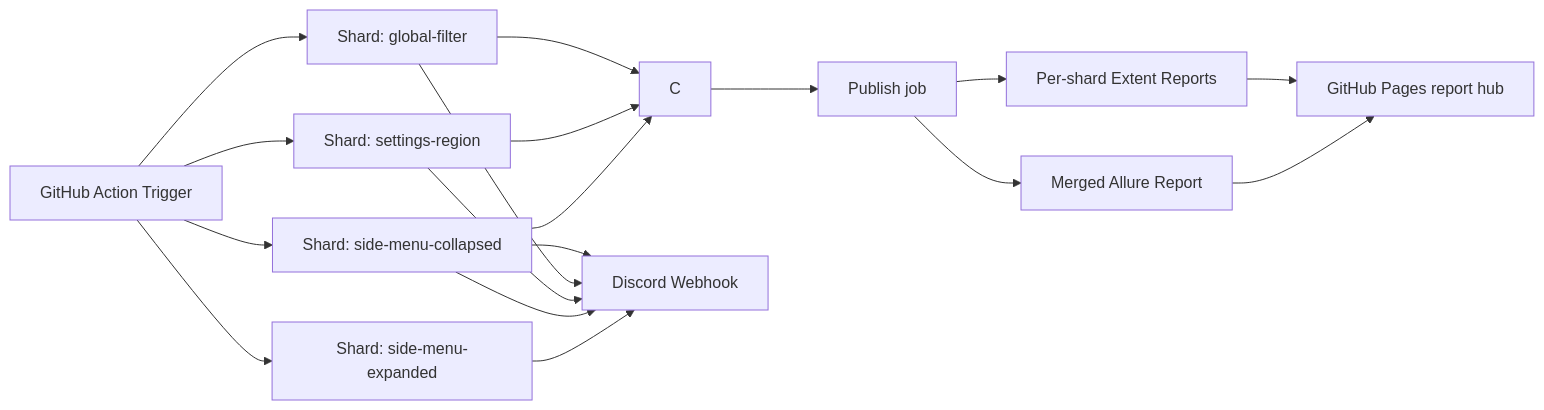
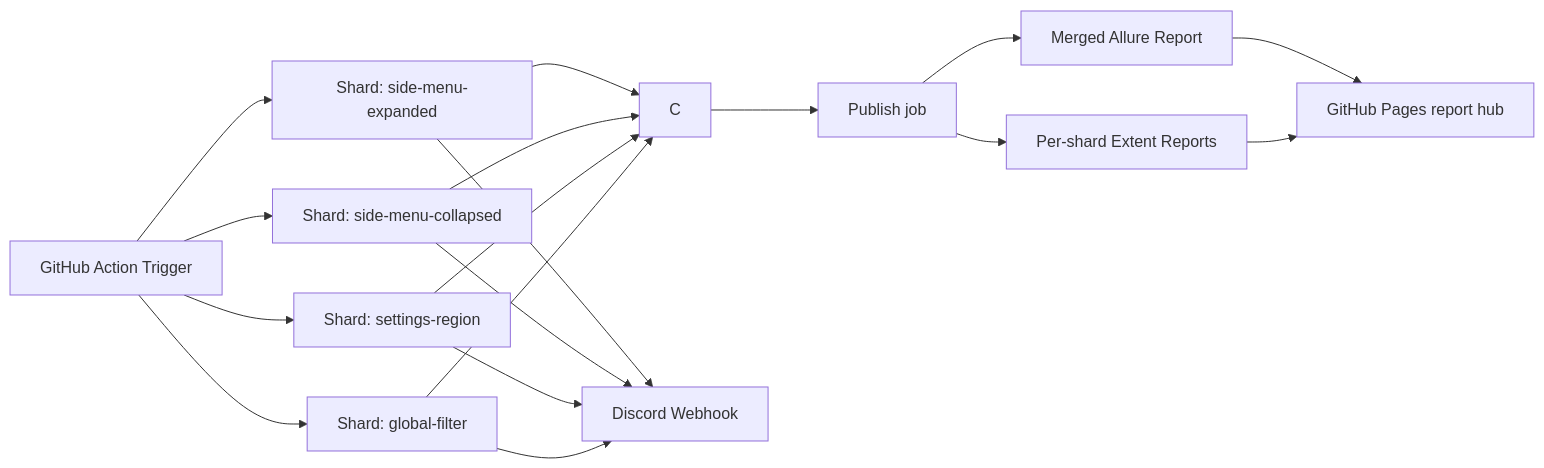
The third of 3 diagrams in readme.md (sagarjhathi/youtube-multilang-ui-automation-selenium-java), drawn with Mermaid before and after one commit. The commit also changed other lines of this file and 15 other files, not shown here.

````diff
--- a/readme.md
+++ b/readme.md
@@ -316,20 +314,20 @@
 ```mermaid
 flowchart LR
     A[GitHub Action Trigger] --> B1[Shard: side-menu-expanded]
     A --> B2[Shard: side-menu-collapsed]
     A --> B3[Shard: settings-region]
     A --> B4[Shard: global-filter]
+    B1 --> C
     B2 --> C
     B3 --> C
     B4 --> C
     B1 --> G[Discord Webhook]
     B2 --> G
     B3 --> G
     B4 --> G
-    B2 --> G
     C --> P[Publish job]
     P --> M[Merged Allure Report]
     P --> D[Per-shard Extent Reports]
     M --> E[GitHub Pages report hub]
     D --> E
 ```
````
